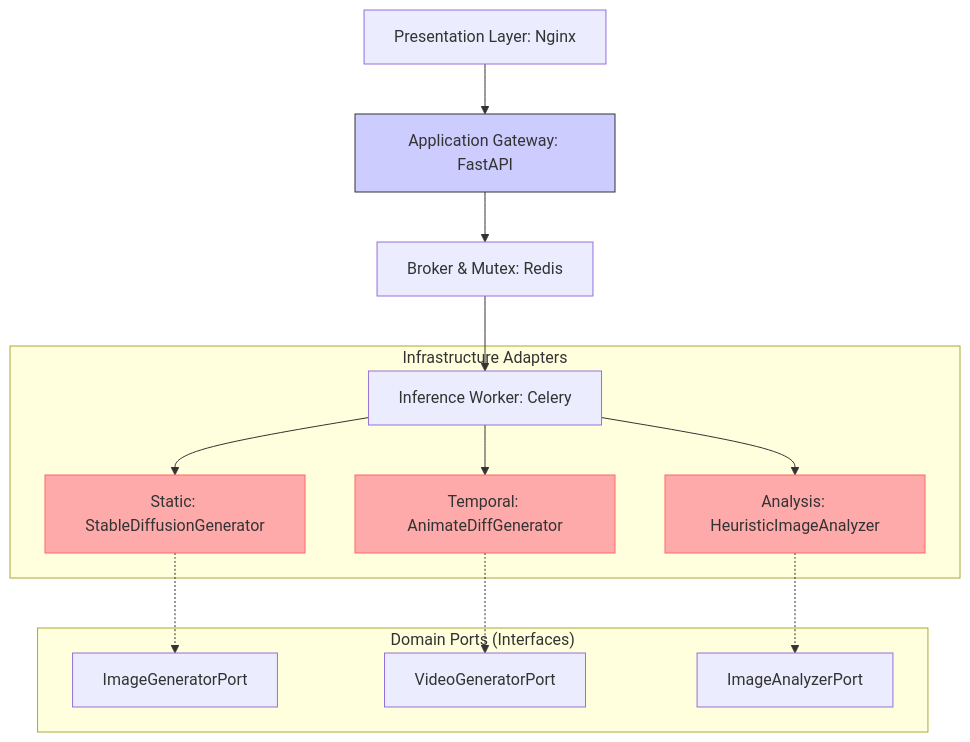
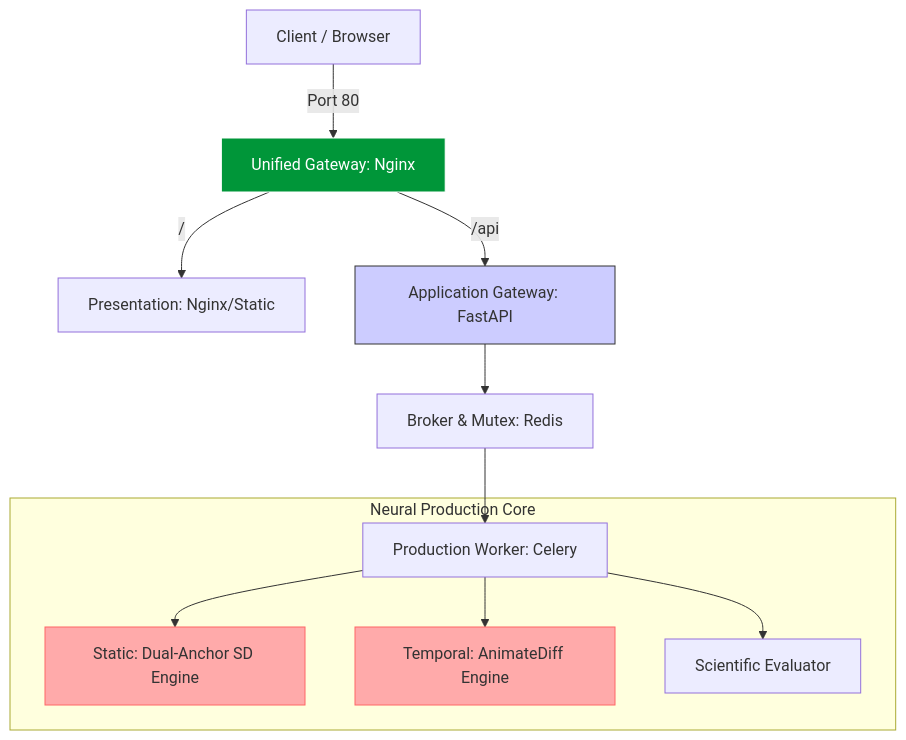
Before and after one commit to enriquegonzalezgutierrez/z_realism_ai: the first of 2 diagrams in README.md, drawn with Mermaid. The commit also changed other lines of this file, not shown here.

````diff
--- a/README.md
+++ b/README.md
@@ -35,23 +41,19 @@
 ```mermaid
 graph TD
-    A[Presentation Layer: Nginx] --> B[Application Gateway: FastAPI];
-    B --> C[Broker & Mutex: Redis];
-    C --> D[Inference Worker: Celery];
+    User[Client / Browser] -- Port 80 --> Proxy[Unified Gateway: Nginx];
+    Proxy -- "/" --> UI[Presentation: Nginx/Static];
+    Proxy -- "/api" --> API[Application Gateway: FastAPI];
+    API --> Broker[Broker & Mutex: Redis];
+    Broker --> Worker[Production Worker: Celery];
 
-    subgraph "Infrastructure Adapters"
-        D --> E[Static: StableDiffusionGenerator]
-        D --> F[Temporal: AnimateDiffGenerator]
-        D --> G[Analysis: HeuristicImageAnalyzer]
-    end
-
-    subgraph "Domain Ports (Interfaces)"
-        E -.-> E1[ImageGeneratorPort]
-        F -.-> F1[VideoGeneratorPort]
-        G -.-> G1[ImageAnalyzerPort]
+    subgraph "Neural Production Core"
+        Worker --> GenS[Static: Dual-Anchor SD Engine]
+        Worker --> GenV[Temporal: AnimateDiff Engine]
+        Worker --> Eval[Scientific Evaluator]
     end
     
-    style B fill:#ccf,stroke:#333;
-    style E fill:#faa,stroke:#f66;
-    style F fill:#faa,stroke:#f66;
-    style G fill:#faa,stroke:#f66;
+    style Proxy fill:#009639,stroke:#fff,color:#fff;
+    style API fill:#ccf,stroke:#333;
+    style GenS fill:#faa,stroke:#f66;
+    style GenV fill:#faa,stroke:#f66;
 ```
````
